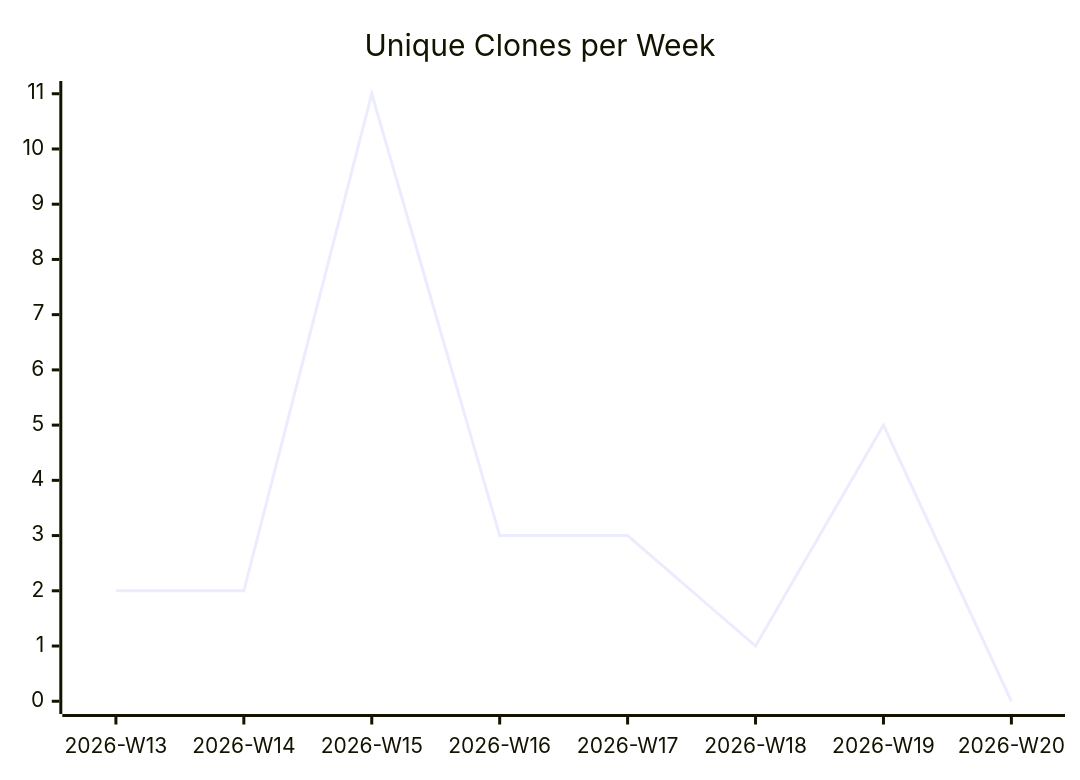
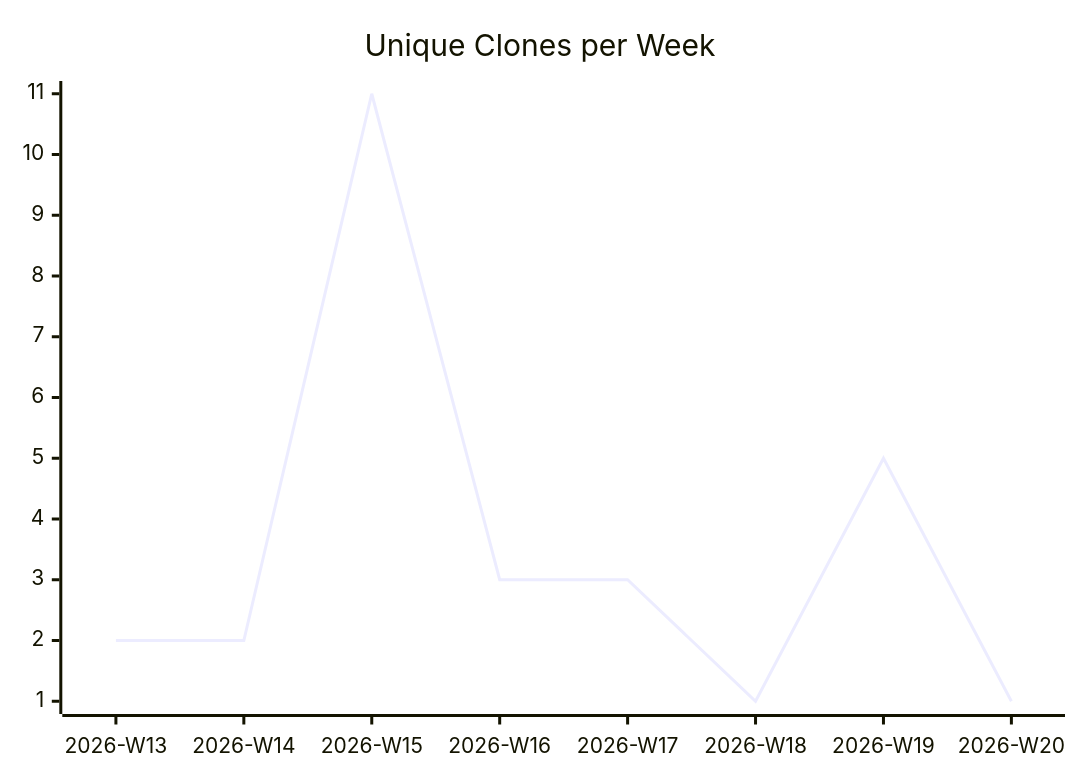
One commit to justdavis-family/github-analytics-data changed the third of 3 diagrams in karlmdavis/jessentials/README.md. Above: the diagram before and after it, drawn with Mermaid. The commit also changed other lines of this file and 190 other files, not shown here.

````diff
--- a/karlmdavis/jessentials/README.md
+++ b/karlmdavis/jessentials/README.md
@@ -19,6 +19,6 @@
 ```mermaid
 xychart-beta
   title "Unique Clones per Week"
   x-axis ["2026-W13", "2026-W14", "2026-W15", "2026-W16", "2026-W17", "2026-W18", "2026-W19", "2026-W20"]
-  line [2, 2, 11, 3, 3, 1, 5, 0]
+  line [2, 2, 11, 3, 3, 1, 5, 1]
 ```
````
